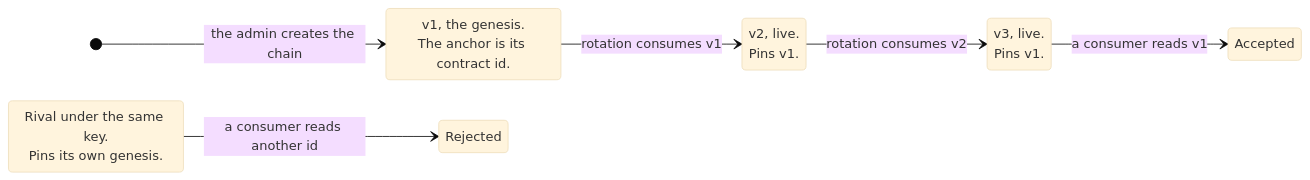
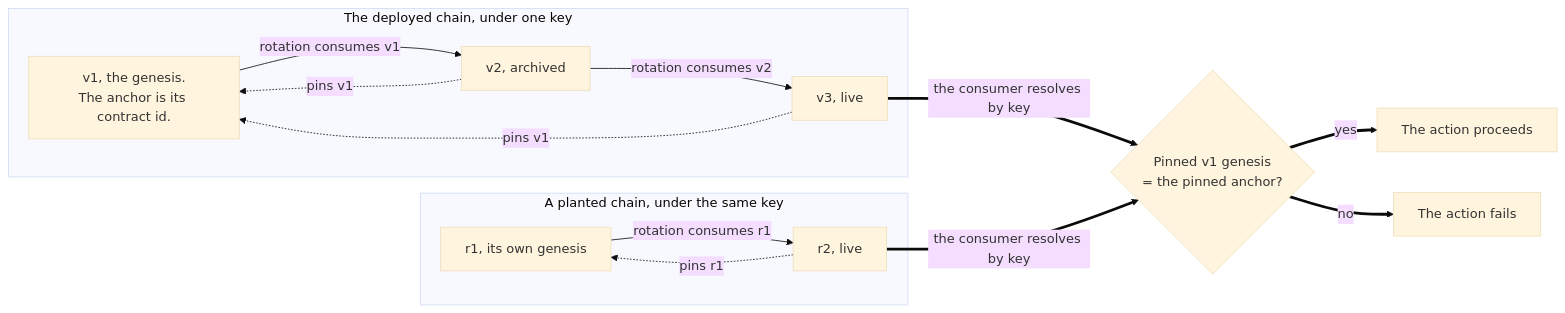
One commit to OpenZeppelin/canton-specs changed the second of 2 diagrams in docs/reference-architectures/cross-chain-stablecoin.md. Above: the diagram before and after it, drawn with Mermaid (base theme).

Commit message:
redraw the registry anchor chain as a flowchart
The state diagram used states for both registry versions and verdicts, so
"Accepted" and "Rejected" read as versions of the registry, and the rival
appeared with no chain behind it. The spine also drew only the rotations, which
leaves the pin, the relationship the caption rests on, invisible.

Use a flowchart with three edge kinds: solid for a rotation that consumes its
predecessor, dashed for the pin, and thick for the consumer's lookup and its
verdict. The rival becomes a parallel chain under the same key, next to the
deployed one. A reader now sees v2 and v3 pointing at one genesis, the rival
pointing at another, and one live version per chain.

````diff
--- a/docs/reference-architectures/cross-chain-stablecoin.md
+++ b/docs/reference-architectures/cross-chain-stablecoin.md
@@ -537,17 +537,25 @@
 ```mermaid
-stateDiagram-v2
-    direction LR
+flowchart LR
+    subgraph real["The deployed chain, under one key"]
+        v1["v1, the genesis.<br/>The anchor is its contract id."]
+        v2["v2, archived"]
+        v3["v3, live"]
+        v1 -->|"rotation consumes v1"| v2
+        v2 -->|"rotation consumes v2"| v3
+    end
 
-    state "v1, the genesis.<br/>The anchor is its contract id." as v1
-    state "v2, live.<br/>Pins v1." as v2
-    state "v3, live.<br/>Pins v1." as v3
-    state "Rival under the same key.<br/>Pins its own genesis." as rival
-    state "Accepted" as ok
-    state "Rejected" as no
+    subgraph rival["A planted chain, under the same key"]
+        r1["r1, its own genesis"]
+        r2["r2, live"]
+        r1 -->|"rotation consumes r1"| r2
+    end
 
-    [*] --> v1: the admin creates the chain
-    v1 --> v2: rotation consumes v1
-    v2 --> v3: rotation consumes v2
-    v3 --> ok: a consumer reads v1
-    rival --> no: a consumer reads another id
+    v2 -.->|"pins v1"| v1
+    v3 -.->|"pins v1"| v1
+    r2 -.->|"pins r1"| r1
+
+    v3 ==>|"the consumer resolves by key"| gate{"Pinned v1 genesis<br/>= the pinned anchor?"}
+    r2 ==>|"the consumer resolves by key"| gate
+    gate ==>|"yes"| pass["The action proceeds"]
+    gate ==>|"no"| fail["The action fails"]
 ```
````
